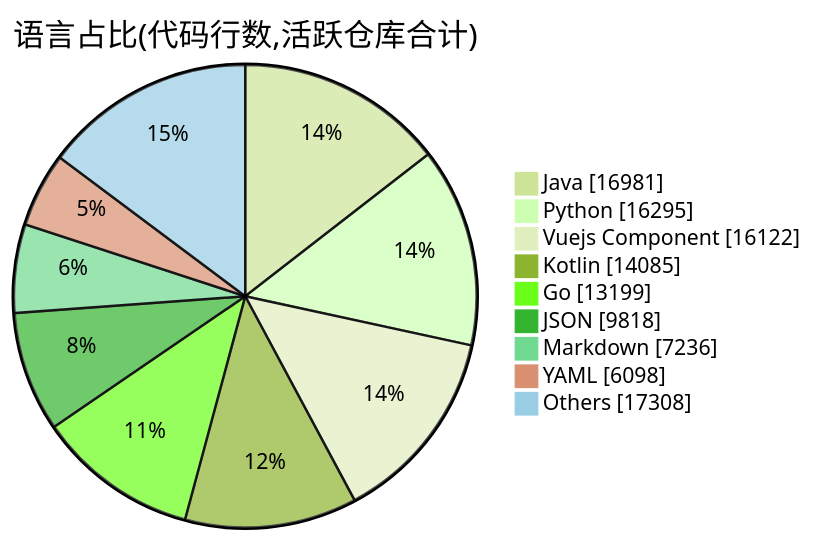
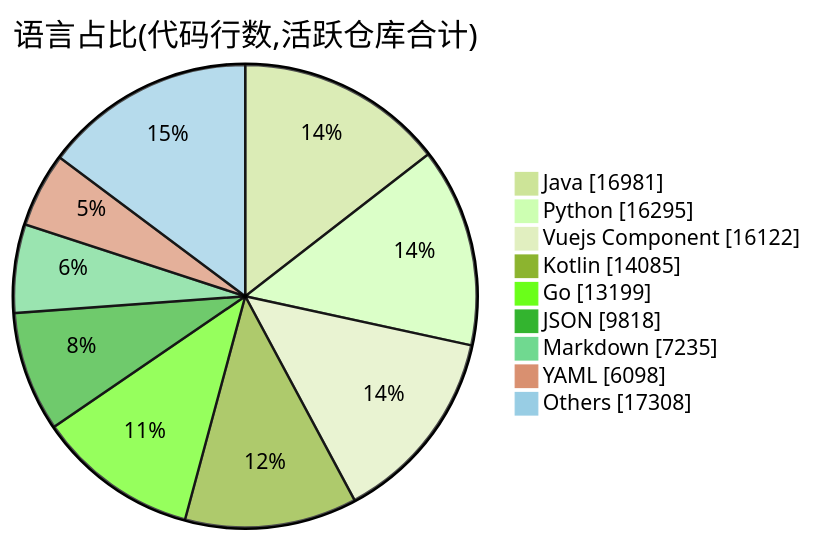
Before and after one commit to Conflux-Union/.github: the second of 2 diagrams in profile/README.md, drawn with Mermaid (forest theme). The commit also changed other lines of this file and 1 other file, not shown here.

````diff
--- a/profile/README.md
+++ b/profile/README.md
@@ -78,13 +78,13 @@
 ```mermaid
 pie showData
     title 语言占比(代码行数,活跃仓库合计)
     "Java" : 16981
     "Python" : 16295
     "Vuejs Component" : 16122
     "Kotlin" : 14085
     "Go" : 13199
     "JSON" : 9818
-    "Markdown" : 7236
+    "Markdown" : 7235
     "YAML" : 6098
     "Others" : 17308
 ```
````
